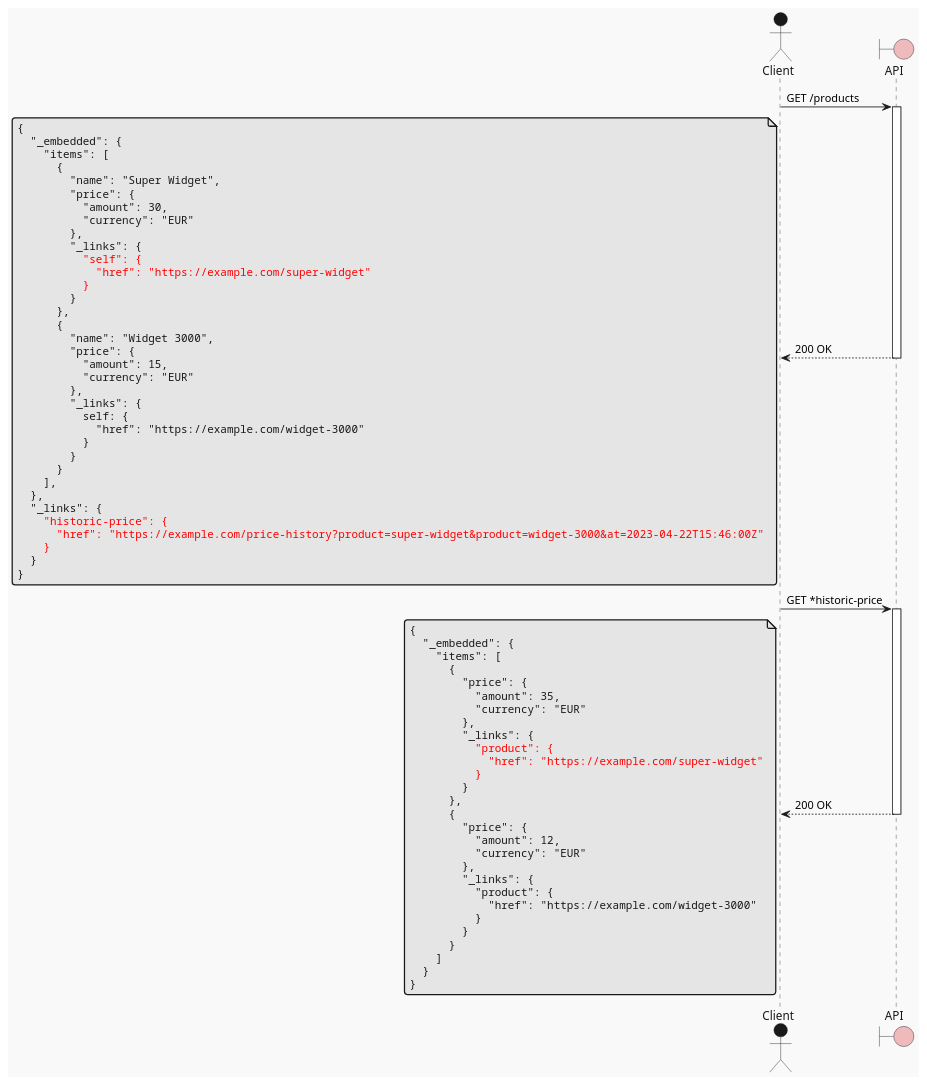
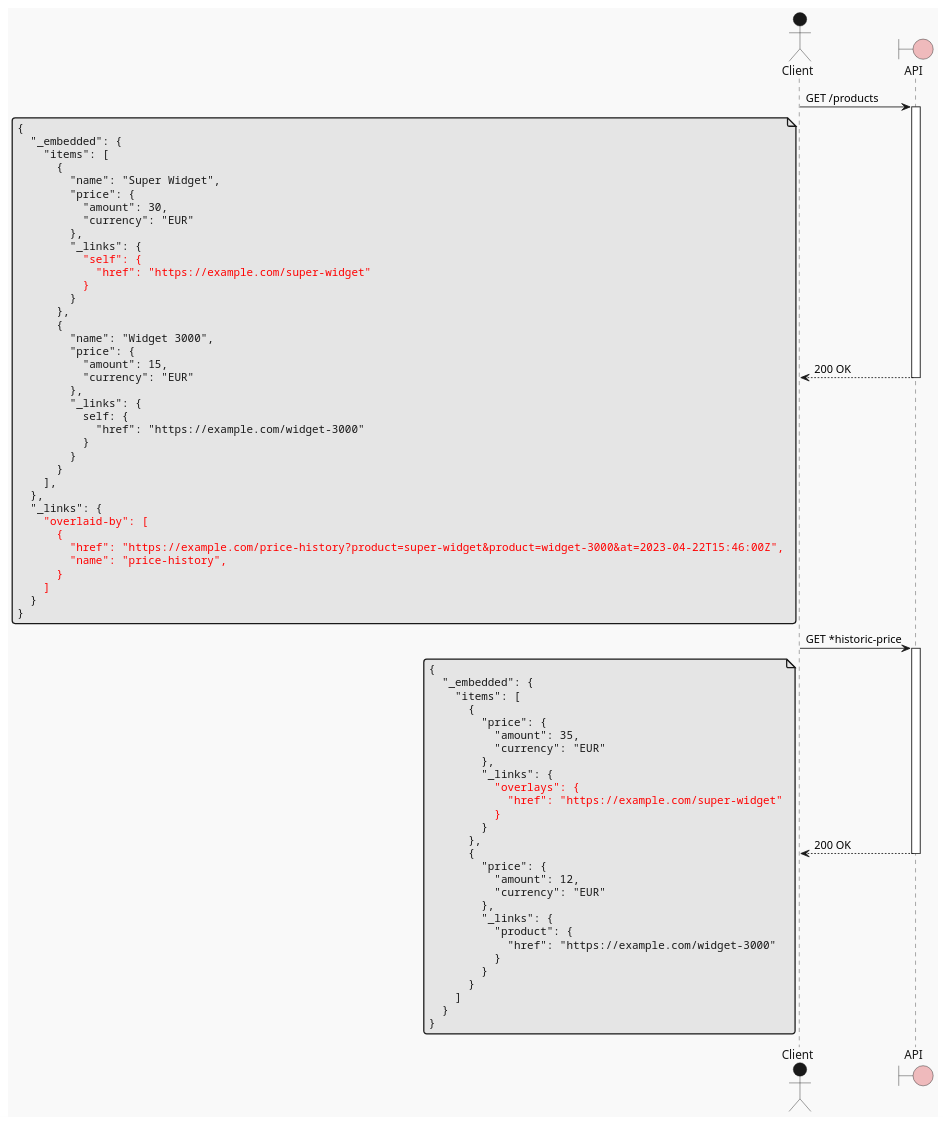
The diagram in _patterns/overlay_resource_sequence.puml (kewne/kewne.github.com), drawn with PlantUML before and after one commit. The commit also changed 2 other files, not shown here.

```diff
--- a/_patterns/overlay_resource_sequence.puml
+++ b/_patterns/overlay_resource_sequence.puml
@@ -1,80 +1,83 @@
 @startuml overlay_resource
 !theme mars
 skinparam NoteFontName Courier
 
 actor Client as client
 boundary API as api
 
 client -> api++: GET /products
 return 200 OK
 note left
 {
   "_embedded": {
     "items": [
       {
         "name": "Super Widget",
         "price": {
           "amount": 30,
           "currency": "EUR"
         },
         "_links": {
           <color:red>"self": {
           <color:red>  "href": "https://example.com/super-widget"
           <color:red>}
         }
       },
       {
         "name": "Widget 3000",
         "price": {
           "amount": 15,
           "currency": "EUR"
         },
         "_links": {
           self: {
             "href": "https://example.com/widget-3000"
           }
         }
       }
     ],
   },
   "_links": {
-<color:red>    "historic-price": {
-<color:red>      "href": "https://example.com/price-history?product=super-widget&product=widget-3000&at=2023-04-22T15:46:00Z"
-<color:red>    }
+<color:red>    "overlaid-by": [
+<color:red>      {
+<color:red>        "href": "https://example.com/price-history?product=super-widget&product=widget-3000&at=2023-04-22T15:46:00Z",
+<color:red>        "name": "price-history",
+<color:red>      }
+<color:red>    ]
   }
 }
 endnote
 
 client -> api++: GET *historic-price
 return 200 OK
 note left
 {
   "_embedded": {
     "items": [
       {
         "price": {
           "amount": 35,
           "currency": "EUR"
         },
         "_links": {
-<color:red>          "product": {
+<color:red>          "overlays": {
 <color:red>            "href": "https://example.com/super-widget"
 <color:red>          }
         }
       },
       {
         "price": {
           "amount": 12,
           "currency": "EUR"
         },
         "_links": {
           "product": {
             "href": "https://example.com/widget-3000"
           }
         }
       }
     ]
   }
 }
 endnote
 @enduml
```
